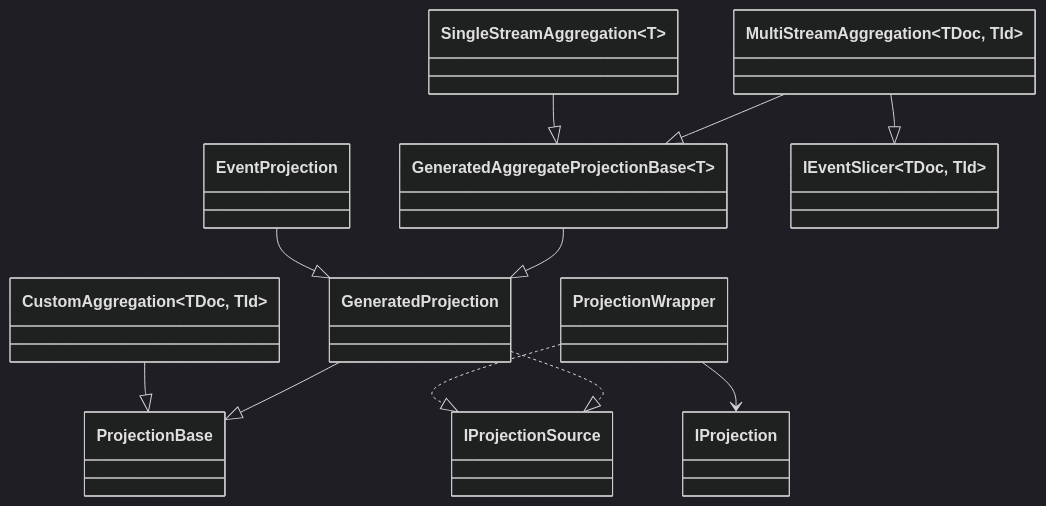
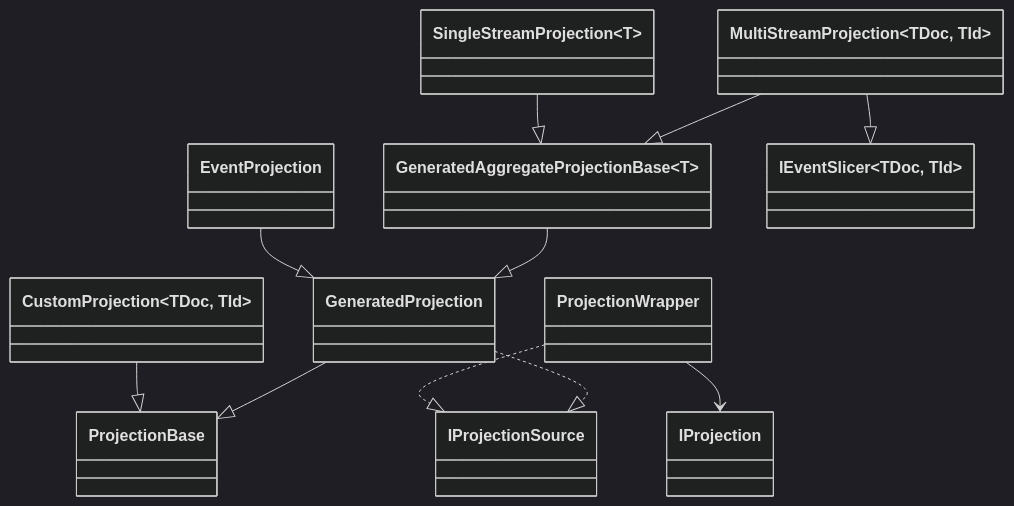
One commit to JasperFx/marten changed the diagram in docs/events/projections/aggregate-projections.md. Above: the diagram before and after it, drawn with Mermaid (dark theme). The commit also changed other lines of this file and 24 other files, not shown here.

````diff
--- a/docs/events/projections/aggregate-projections.md
+++ b/docs/events/projections/aggregate-projections.md
@@ -36,15 +36,15 @@
 ```mermaid
 classDiagram
 
-CustomAggregation~TDoc, TId~ --|> ProjectionBase
+CustomProjection~TDoc, TId~ --|> ProjectionBase
 ProjectionWrapper ..|> IProjectionSource
 ProjectionWrapper --> IProjection
 GeneratedProjection --|> ProjectionBase
 GeneratedProjection ..|> IProjectionSource
 EventProjection --|> GeneratedProjection
 
 GeneratedAggregateProjectionBase~T~ --|> GeneratedProjection
-SingleStreamAggregation~T~ --|> GeneratedAggregateProjectionBase~T~
-MultiStreamAggregation~TDoc, TId~ --|> GeneratedAggregateProjectionBase~T~
-MultiStreamAggregation~TDoc, TId~ --|> IEventSlicer~TDoc, TId~
+SingleStreamProjection~T~ --|> GeneratedAggregateProjectionBase~T~
+MultiStreamProjection~TDoc, TId~ --|> GeneratedAggregateProjectionBase~T~
+MultiStreamProjection~TDoc, TId~ --|> IEventSlicer~TDoc, TId~
 ```
````
